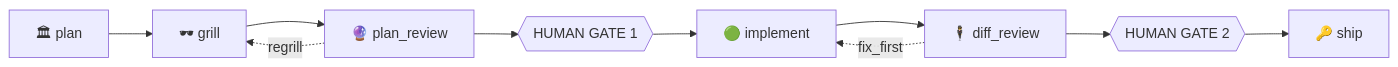
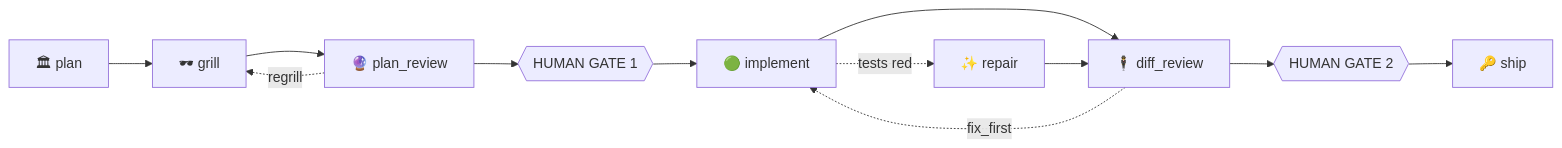
The diagram in README.md (amj-lang/anderson), drawn with Mermaid before and after one commit. The commit also changed other lines of this file and 19 other files, not shown here.

````diff
--- a/README.md
+++ b/README.md
@@ -47,7 +47,9 @@
 ```mermaid
 flowchart LR
     plan[🏛 plan] --> grill[🕶 grill] --> pr[🔮 plan_review] --> g1{{HUMAN GATE 1}}
     g1 --> impl[🟢 implement] --> dr[🕴 diff_review] --> g2{{HUMAN GATE 2}} --> ship[🔑 ship]
     pr -. regrill .-> grill
     dr -. fix_first .-> impl
+    impl -. tests red .-> rep[✨ repair]
+    rep --> dr
 ```
````
